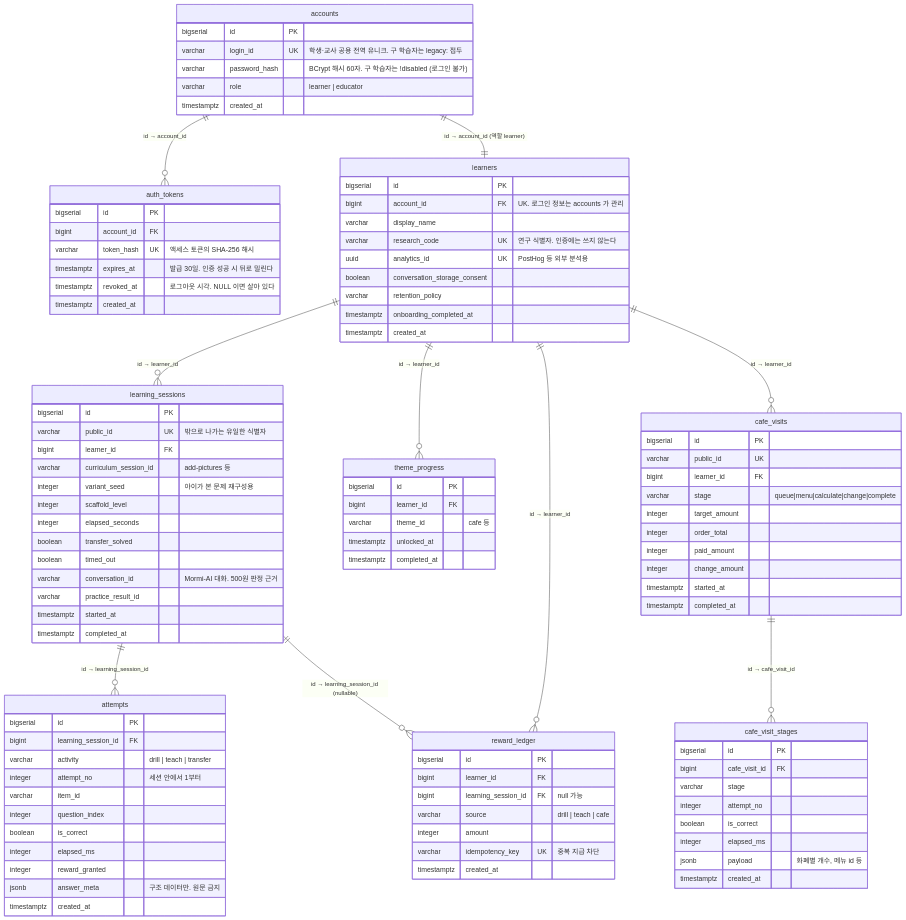
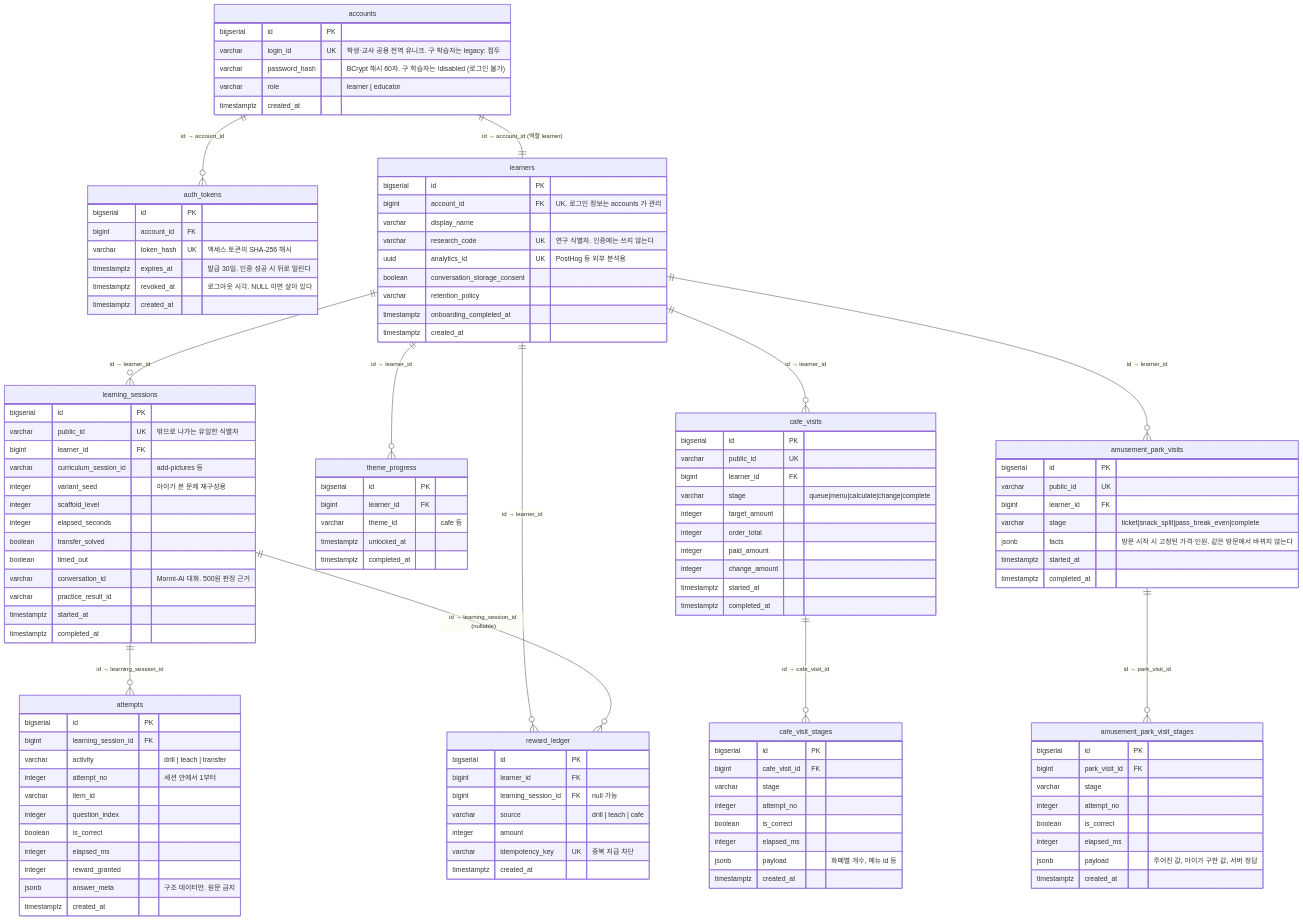
Before and after one commit to flyai-y2s2/Mormi-BE: the first of 2 diagrams in docs/ERD.md, drawn with Mermaid. The commit also changed other lines of this file and 25 other files, not shown here.

```diff
--- a/docs/ERD.md
+++ b/docs/ERD.md
@@ -11,10 +11,12 @@
     learners ||--o{ learning_sessions : "id → learner_id"
     learners ||--o{ theme_progress    : "id → learner_id"
     learners ||--o{ cafe_visits       : "id → learner_id"
+    learners ||--o{ amusement_park_visits : "id → learner_id"
     learners ||--o{ reward_ledger     : "id → learner_id"
     learning_sessions ||--o{ attempts      : "id → learning_session_id"
     learning_sessions ||--o{ reward_ledger : "id → learning_session_id (nullable)"
     cafe_visits       ||--o{ cafe_visit_stages : "id → cafe_visit_id"
+    amusement_park_visits ||--o{ amusement_park_visit_stages : "id → park_visit_id"
 
     accounts {
         bigserial id PK
@@ -107,6 +109,27 @@
         timestamptz created_at
     }
 
+    amusement_park_visits {
+        bigserial id PK
+        varchar   public_id UK
+        bigint    learner_id FK
+        varchar   stage "ticket|snack_split|pass_break_even|complete"
+        jsonb     facts "방문 시작 시 고정된 가격·인원. 같은 방문에서 바뀌지 않는다"
+        timestamptz started_at
+        timestamptz completed_at
+    }
+
+    amusement_park_visit_stages {
+        bigserial id PK
+        bigint    park_visit_id FK
+        varchar   stage
+        integer   attempt_no
+        boolean   is_correct
+        integer   elapsed_ms
+        jsonb     payload "주어진 값, 아이가 구한 값, 서버 정답"
+        timestamptz created_at
+    }
+
     reward_ledger {
         bigserial id PK
         bigint    learner_id FK
```
